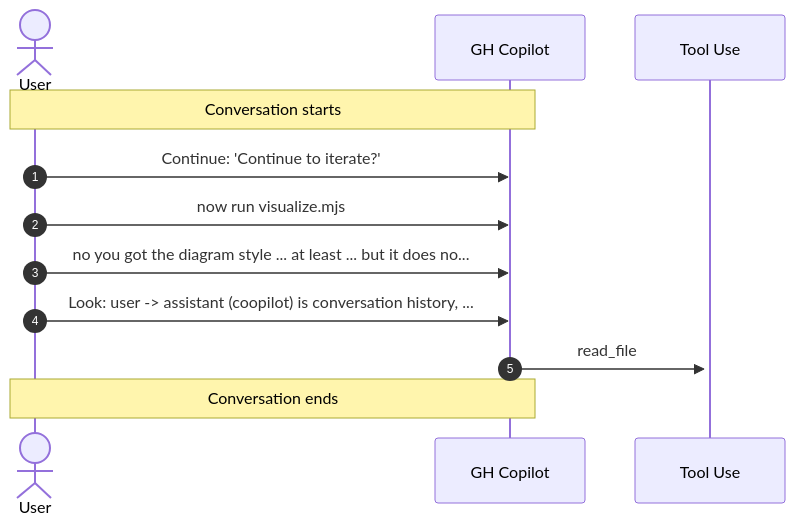
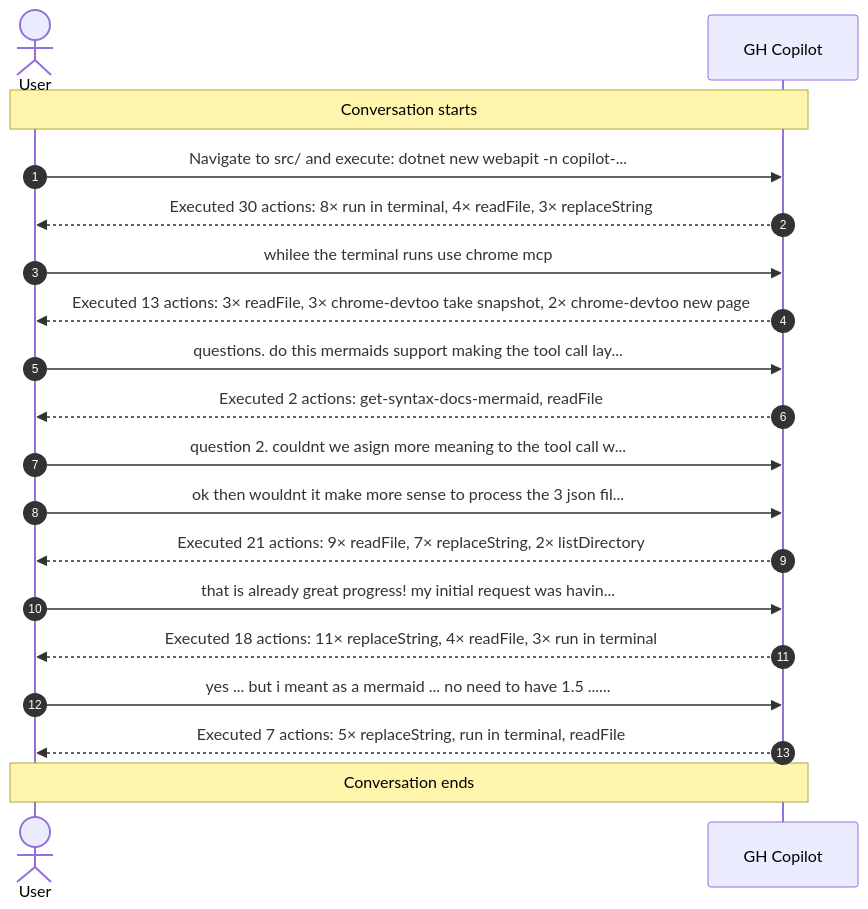
One commit to alexander-kastil/github-copilot changed the diagram in demos/02-copilot-artifacts/08-hooks/readme.md. Above: the diagram before and after it, drawn with Mermaid. The commit also changed other lines of this file and 7 other files, not shown here.

````diff
--- a/demos/02-copilot-artifacts/08-hooks/readme.md
+++ b/demos/02-copilot-artifacts/08-hooks/readme.md
@@ -79,20 +31,24 @@
 ```mermaid
 sequenceDiagram
     autonumber
     actor User as User
     participant Bot as GH Copilot
-    participant API as Tool Use
 
     Note over User,Bot: Conversation starts
 
-    User->>Bot: Continue: 'Continue to iterate?'
+    User->>Bot: Navigate to src/ and execute: dotnet new webapit -n copilot-...
+    Bot-->>User: Executed 30 actions: 8× run in terminal, 4× readFile, 3× replaceString
+    User->>Bot: whilee the terminal runs use chrome mcp
+    Bot-->>User: Executed 13 actions: 3× readFile, 3× chrome-devtoo take snapshot, 2× chrome-devtoo new page
+    User->>Bot: questions. do this mermaids support making the tool call lay...
+    Bot-->>User: Executed 2 actions: get-syntax-docs-mermaid, readFile
+    User->>Bot: question 2. couldnt we asign more meaning to the tool call w...
+    User->>Bot: ok then wouldnt it make more sense to process the 3 json fil...
+    Bot-->>User: Executed 21 actions: 9× readFile, 7× replaceString, 2× listDirectory
+    User->>Bot: that is already great progress! my initial request was havin...
+    Bot-->>User: Executed 18 actions: 11× replaceString, 4× readFile, 3× run in terminal
+    User->>Bot: yes ... but i meant as a mermaid ... no need to have 1.5 ......
+    Bot-->>User: Executed 7 actions: 5× replaceString, run in terminal, readFile
 
-    User->>Bot: now run visualize.mjs
-
-    User->>Bot: no you got the diagram style ... at least ... but it does no...
-
-    User->>Bot: Look: user -> assistant (coopilot) is conversation history, ...
-
-    Bot->>+API: read_file
     Note over User,Bot: Conversation ends
 ```
````
